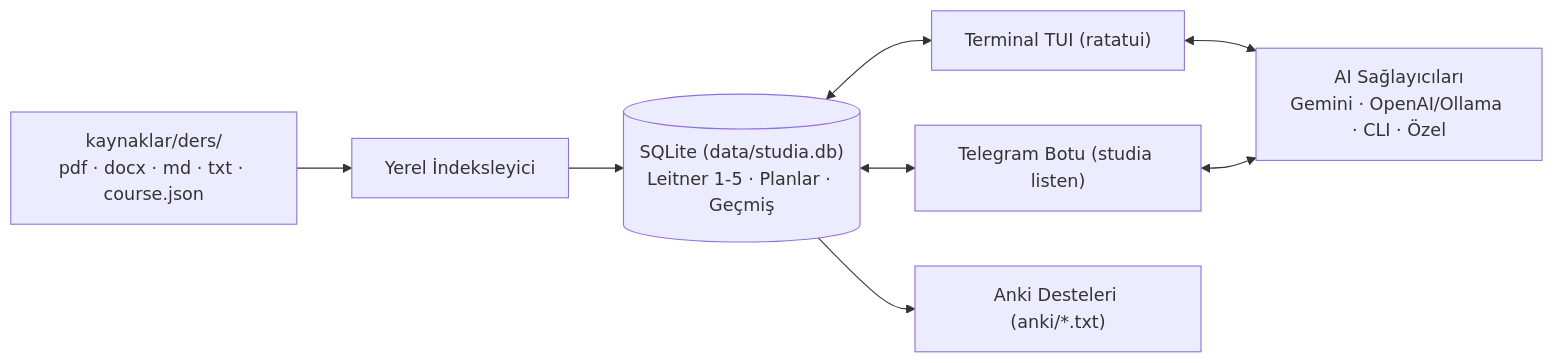
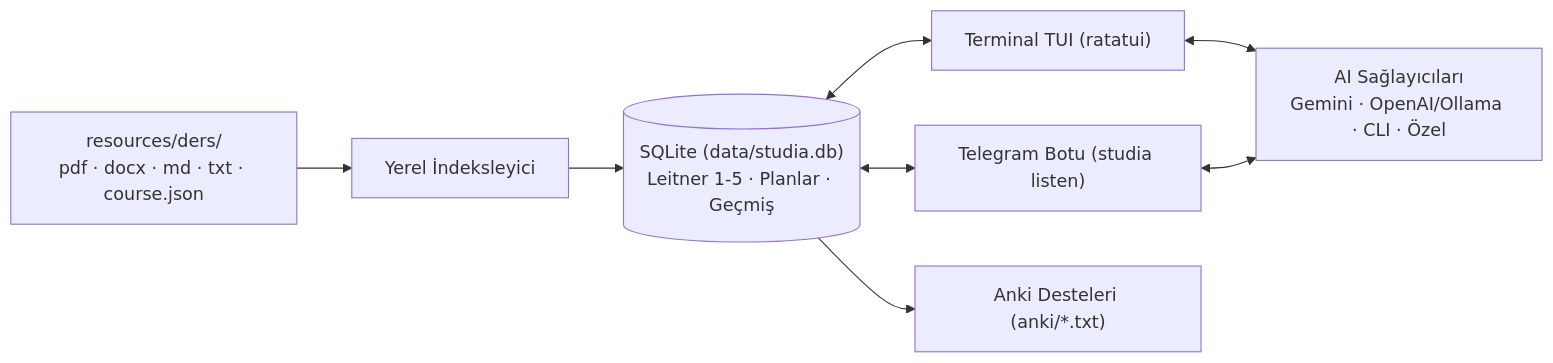
Before and after one commit to zodicall/studia: the diagram in README.tr.md, drawn with Mermaid. The commit also changed other lines of this file and 21 other files, not shown here.

````diff
--- a/README.tr.md
+++ b/README.tr.md
@@ -32,10 +32,10 @@
 ```mermaid
 flowchart LR
-  Notes["kaynaklar/ders/\npdf · docx · md · txt · course.json"] --> Indexer["Yerel İndeksleyici"]
+  Notes["resources/ders/\npdf · docx · md · txt · course.json"] --> Indexer["Yerel İndeksleyici"]
   Indexer --> DB[("SQLite (data/studia.db)\nLeitner 1-5 · Planlar · Geçmiş")]
   DB <--> TUI["Terminal TUI (ratatui)"]
   DB <--> Bot["Telegram Botu (studia listen)"]
   TUI <--> AI["AI Sağlayıcıları\nGemini · OpenAI/Ollama · CLI · Özel"]
   Bot <--> AI
   DB --> Anki["Anki Desteleri (anki/*.txt)"]
 ```
````
